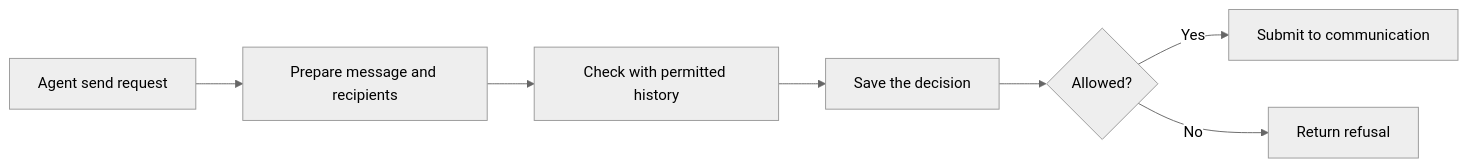
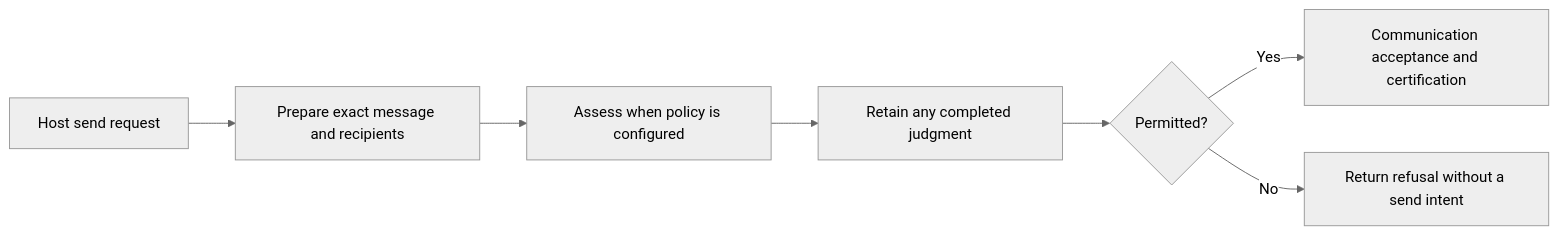
The third of 4 diagrams in packages/social-harness/src/daemon/README.md (social-harness/moltzap), drawn with Mermaid (neutral theme) before and after one commit. The commit also changed other lines of this file and 1 other file, not shown here.

Commit message:
Clarify daemon message ownership and lifecycle flows

````diff
--- a/packages/social-harness/src/daemon/README.md
+++ b/packages/social-harness/src/daemon/README.md
@@ -38,9 +60,9 @@
 ```mermaid
 flowchart LR
-  A[Agent send request] --> B[Prepare message and recipients]
-  B --> C[Check with permitted history]
-  C --> D[Save the decision]
-  D --> E{Allowed?}
-  E -->|Yes| F[Submit to communication]
-  E -->|No| G[Return refusal]
+  A[Host send request] --> B[Prepare exact message and recipients]
+  B --> C[Assess when policy is configured]
+  C --> D[Retain any completed judgment]
+  D --> E{Permitted?}
+  E -->|Yes| F[Communication acceptance and certification]
+  E -->|No| G[Return refusal without a send intent]
 ```
````
